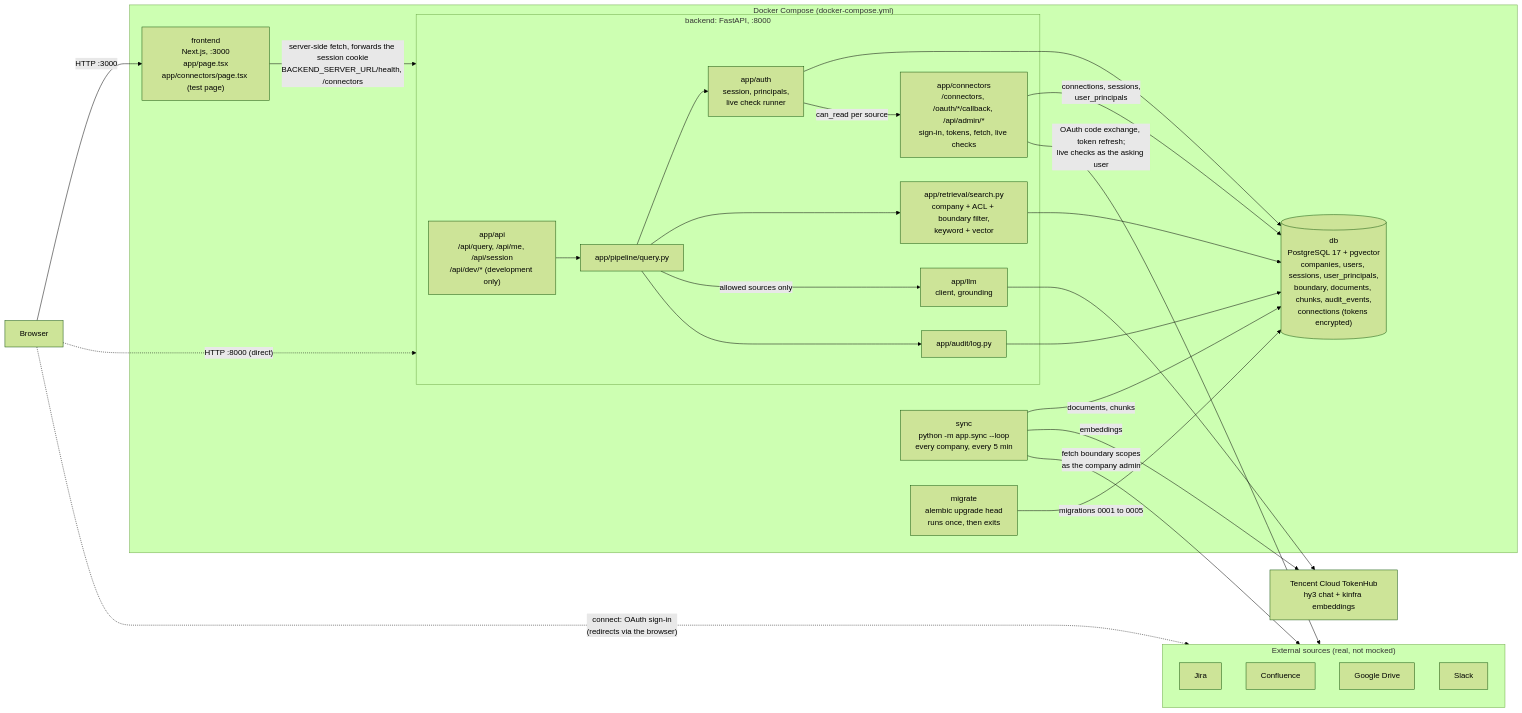
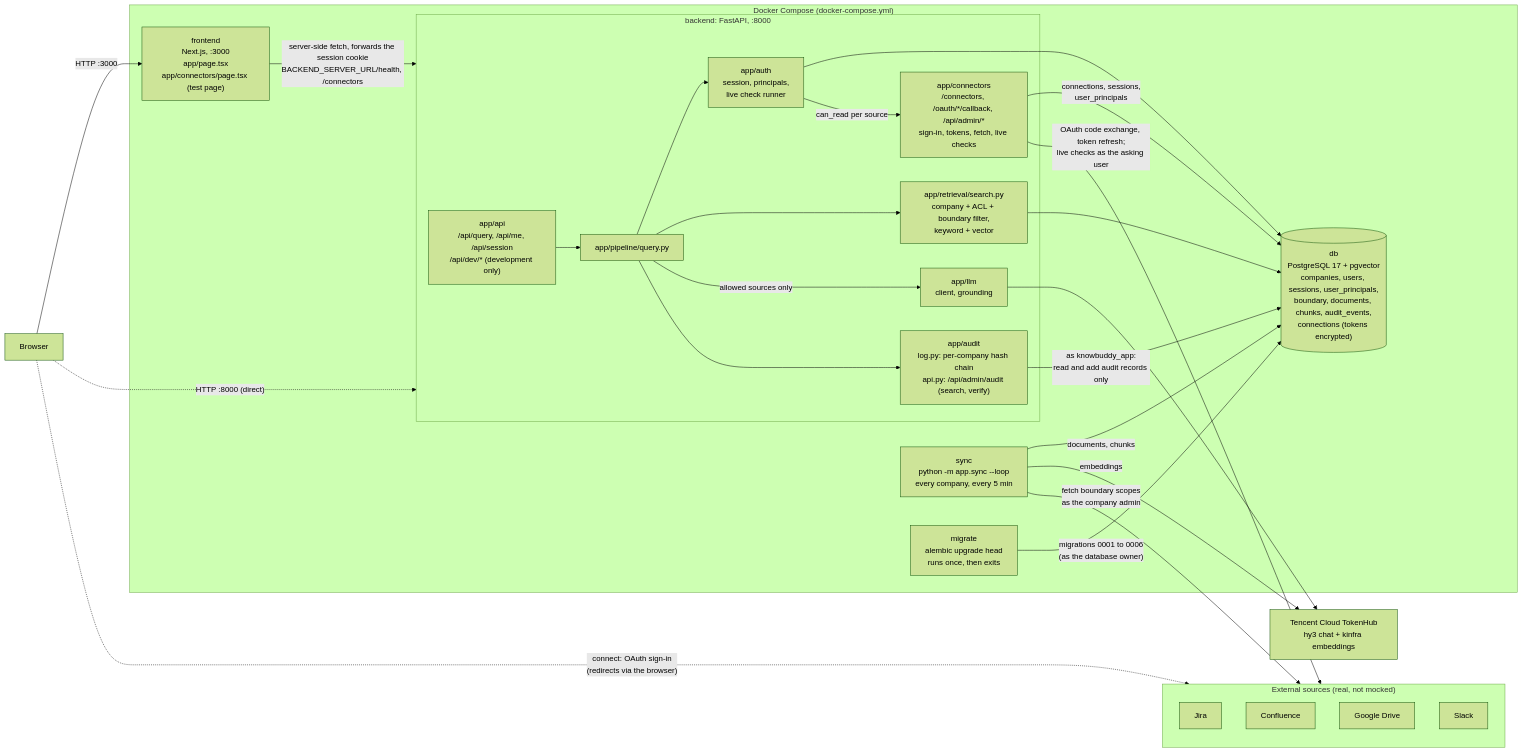
The diagram in docs/architecture/CURRENT.md (gabriel-wan/tencent-hackathon-fintech), drawn with Mermaid (forest theme) before and after one commit. The commit also changed 5 other files, not shown here.

First line of the commit message:
docs: describe the audit hash chain, app role and audit API as built

````diff
--- a/docs/architecture/CURRENT.md
+++ b/docs/architecture/CURRENT.md
@@ -8,50 +8,50 @@
 ```mermaid
 flowchart LR
     USER["Browser"]
     TH["Tencent Cloud TokenHub<br/>hy3 chat + kinfra embeddings"]
 
     subgraph COMPOSE["Docker Compose (docker-compose.yml)"]
         FE["frontend<br/>Next.js, :3000<br/>app/page.tsx<br/>app/connectors/page.tsx (test page)"]
         subgraph BE["backend: FastAPI, :8000"]
             API["app/api<br/>/api/query, /api/me, /api/session<br/>/api/dev/* (development only)"]
             PIPE["app/pipeline/query.py"]
             AUTH["app/auth<br/>session, principals,<br/>live check runner"]
             SEARCH["app/retrieval/search.py<br/>company + ACL + boundary filter,<br/>keyword + vector"]
             LLMC["app/llm<br/>client, grounding"]
-            AUD["app/audit/log.py"]
+            AUD["app/audit<br/>log.py: per-company hash chain<br/>api.py: /api/admin/audit (search, verify)"]
             CONN["app/connectors<br/>/connectors, /oauth/*/callback, /api/admin/*<br/>sign-in, tokens, fetch, live checks"]
         end
         SYNC["sync<br/>python -m app.sync --loop<br/>every company, every 5 min"]
         MIG["migrate<br/>alembic upgrade head<br/>runs once, then exits"]
         DB[("db<br/>PostgreSQL 17 + pgvector<br/>companies, users, sessions, user_principals,<br/>boundary, documents, chunks, audit_events,<br/>connections (tokens encrypted)")]
     end
 
-    MIG -->|"migrations 0001 to 0005"| DB
+    MIG -->|"migrations 0001 to 0006<br/>(as the database owner)"| DB
     USER -->|"HTTP :3000"| FE
     USER -.->|"HTTP :8000 (direct)"| BE
     FE -->|"server-side fetch, forwards the session cookie<br/>BACKEND_SERVER_URL/health, /connectors"| BE
     API --> PIPE
     PIPE --> AUTH
     PIPE --> SEARCH
     PIPE -->|"allowed sources only"| LLMC
     PIPE --> AUD
     SEARCH --> DB
     AUTH --> DB
-    AUD --> DB
+    AUD -->|"as knowbuddy_app:<br/>read and add audit records only"| DB
     LLMC --> TH
     CONN -->|"connections, sessions,<br/>user_principals"| DB
 
     subgraph SRC["External sources (real, not mocked)"]
         JI["Jira"]
         CF["Confluence"]
         GD["Google Drive"]
         SL["Slack"]
     end
 
     USER -.->|"connect: OAuth sign-in<br/>(redirects via the browser)"| SRC
     CONN -->|"OAuth code exchange, token refresh;<br/>live checks as the asking user"| SRC
     AUTH -->|"can_read per source"| CONN
     SYNC -->|"fetch boundary scopes<br/>as the company admin"| SRC
     SYNC -->|"documents, chunks"| DB
     SYNC -->|"embeddings"| TH
 ```
````
